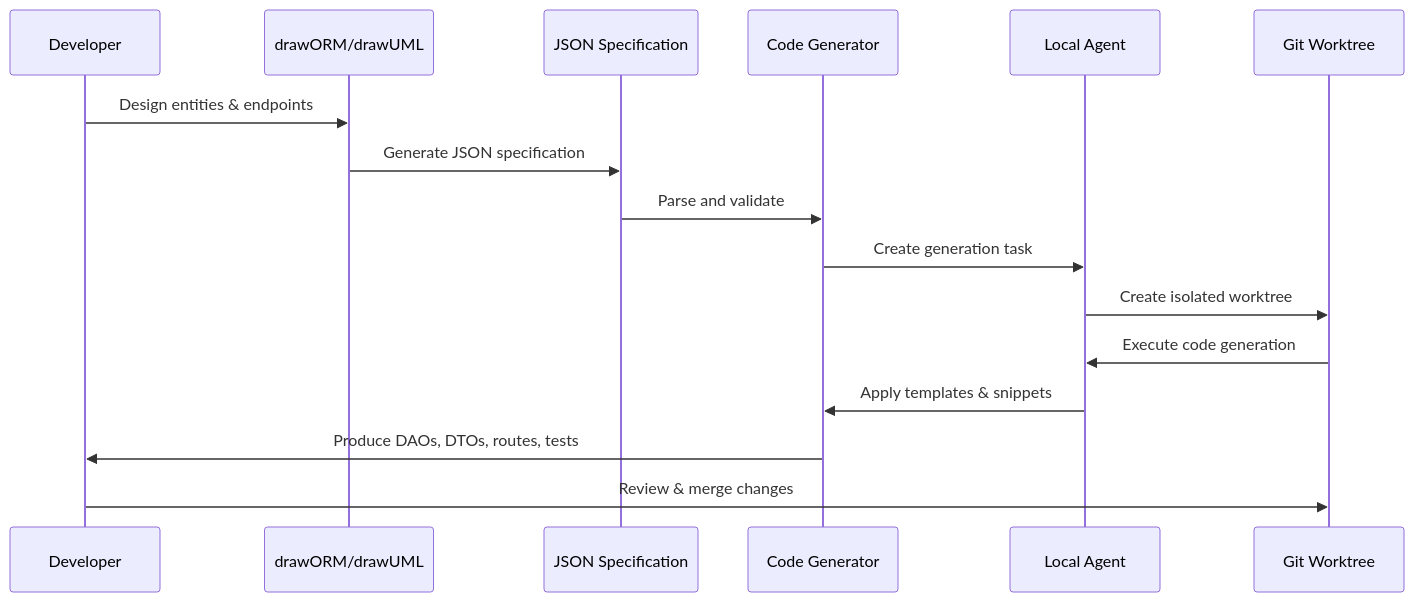
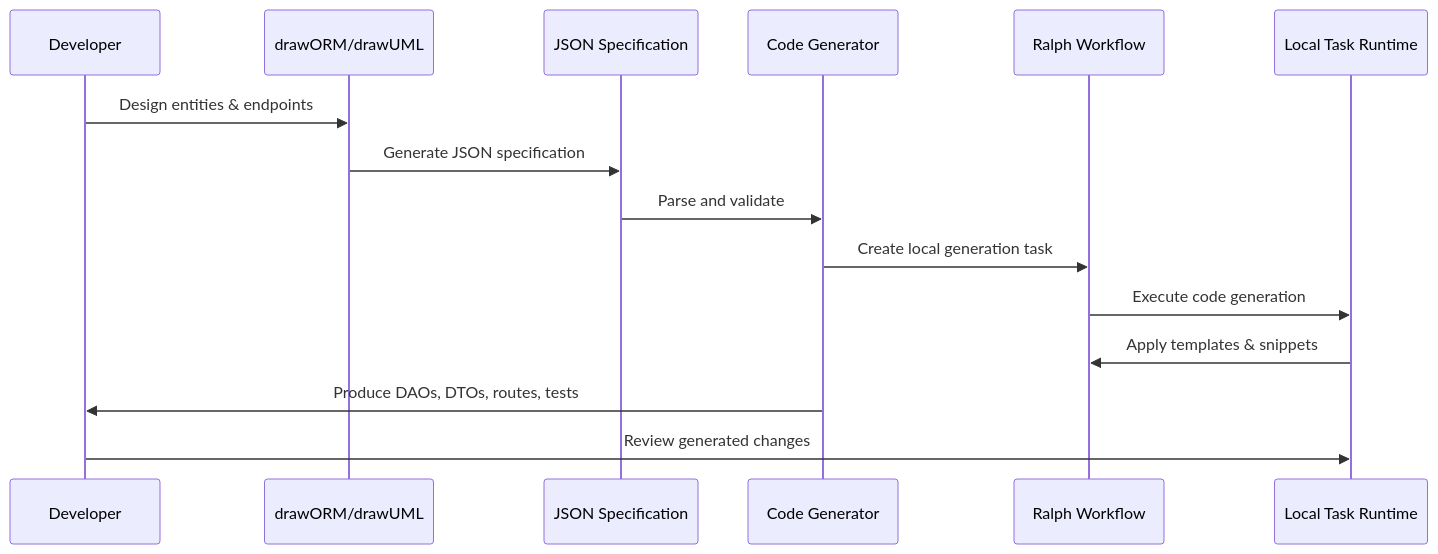
The second of 3 diagrams in README.md (kesler20/_devOS), drawn with Mermaid before and after one commit. The commit also changed other lines of this file and 8 other files, not shown here.

````diff
--- a/README.md
+++ b/README.md
@@ -458,19 +446,18 @@
 ```mermaid
 sequenceDiagram
     participant Dev as Developer
     participant UI as drawORM/drawUML
     participant Spec as JSON Specification
     participant Gen as Code Generator
-    participant Agent as Local Agent
-    participant WT as Git Worktree
+    participant Ralph as Ralph Workflow
+    participant Local as Local Task Runtime
 
     Dev->>UI: Design entities & endpoints
     UI->>Spec: Generate JSON specification
     Spec->>Gen: Parse and validate
-    Gen->>Agent: Create generation task
-    Agent->>WT: Create isolated worktree
-    WT->>Agent: Execute code generation
-    Agent->>Gen: Apply templates & snippets
+    Gen->>Ralph: Create local generation task
+    Ralph->>Local: Execute code generation
+    Local->>Ralph: Apply templates & snippets
     Gen->>Dev: Produce DAOs, DTOs, routes, tests
-    Dev->>WT: Review & merge changes
+    Dev->>Local: Review generated changes
 ```
````
